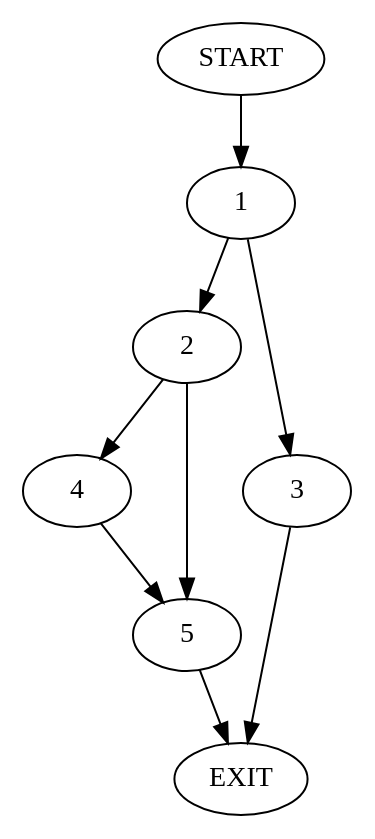
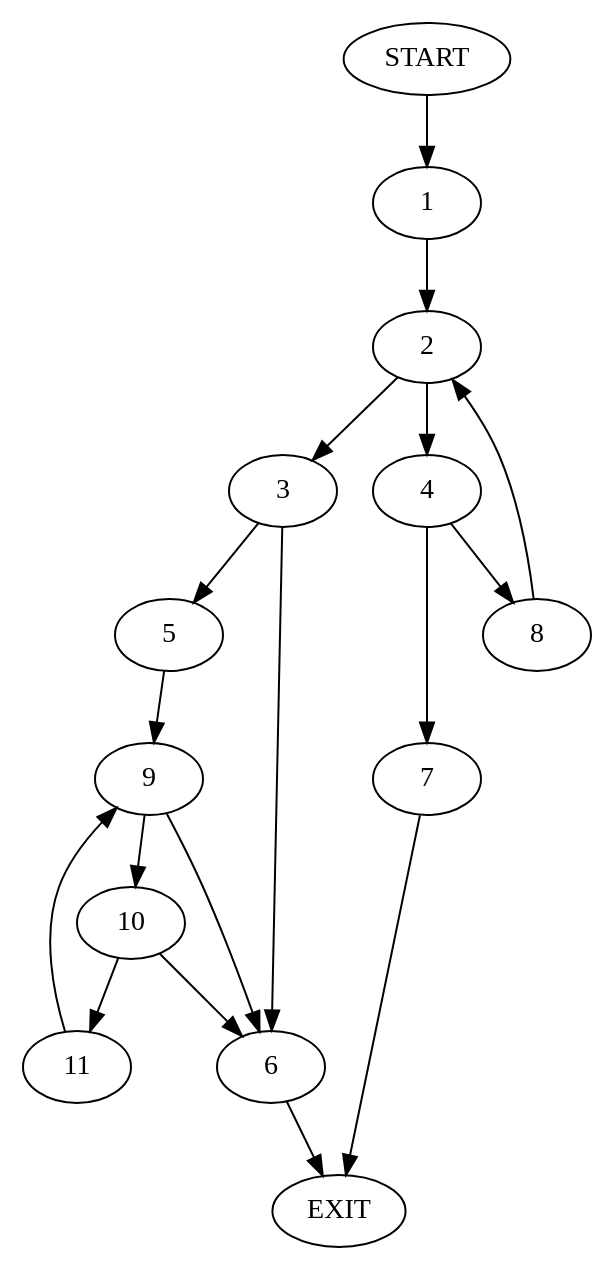
Before and after one commit to hmc-alpaqa/metrinome: the diagram in examples/cfgs/apache_cfgs/sanselan-0.97-incubator/org_apache_sanselan_common_BinaryFileFunctions_readBytearray_0_basic.dot, drawn with Graphviz. The commit also changed 3 other files, not shown here.

```diff
--- a/examples/cfgs/apache_cfgs/sanselan-0.97-incubator/org_apache_sanselan_common_BinaryFileFunctions_readBytearray_0_basic.dot
+++ b/examples/cfgs/apache_cfgs/sanselan-0.97-incubator/org_apache_sanselan_common_BinaryFileFunctions_readBytearray_0_basic.dot
@@ -1,12 +1,21 @@
 digraph {
 0 [label="START"]
-6 [label="EXIT"]
+12 [label="EXIT"]
 0 -> 1
 1 -> 2
-1 -> 3
+2 -> 3
+2 -> 4
+3 -> 5
 3 -> 6
-2 -> 4
-2 -> 5
-4 -> 5
-5 -> 6
+4 -> 7
+4 -> 8
+7 -> 12
+8 -> 2
+6 -> 12
+5 -> 9
+9 -> 6
+9 -> 10
+10 -> 6
+10 -> 11
+11 -> 9
 }
```
